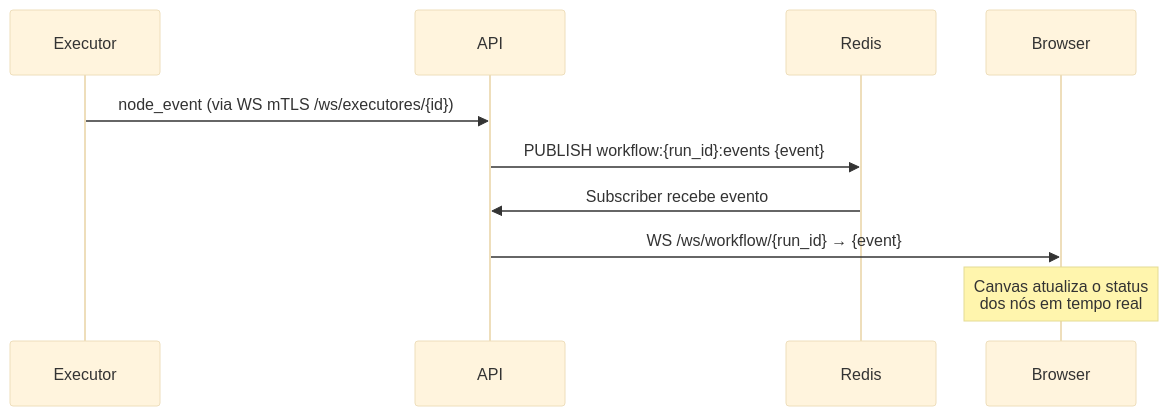
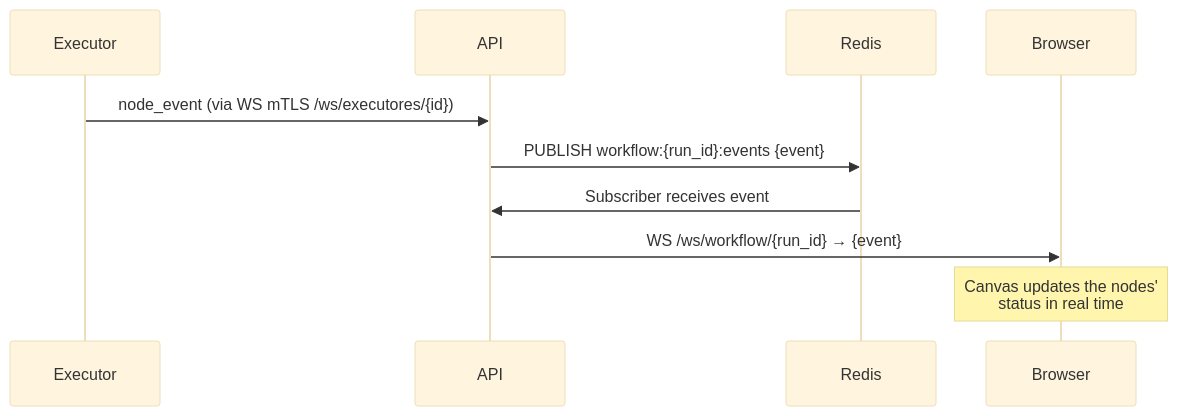
Before and after one commit to jlanio/atlans: the third of 3 diagrams in README.md, drawn with Mermaid (base theme). The commit also changed other lines of this file and 41 other files, not shown here.

````diff
--- a/README.md
+++ b/README.md
@@ -547,13 +547,13 @@
 ```mermaid
 sequenceDiagram
     participant Executor
     participant API
     participant Redis
     participant Browser
 
     Executor->>API: node_event (via WS mTLS /ws/executores/{id})
     API->>Redis: PUBLISH workflow:{run_id}:events {event}
-    Redis->>API: Subscriber recebe evento
+    Redis->>API: Subscriber receives event
     API->>Browser: WS /ws/workflow/{run_id} → {event}
-    Note over Browser: Canvas atualiza o status<br/>dos nós em tempo real
+    Note over Browser: Canvas updates the nodes'<br/>status in real time
 ```
````
